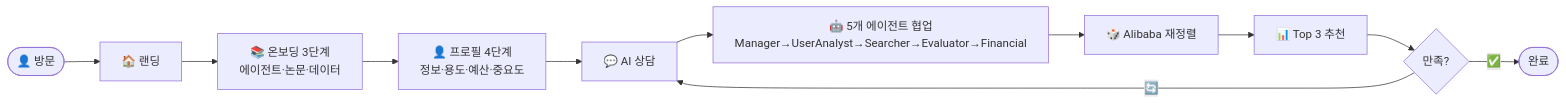
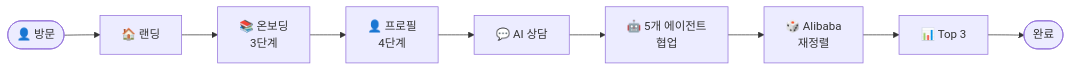
Before and after one commit to SeSAC-DA1/CarFin_AI_Final: the seventh of 7 diagrams in README.md, drawn with Mermaid. The commit also changed other lines of this file, not shown here.

````diff
--- a/README.md
+++ b/README.md
@@ -401,13 +341,11 @@
 ```mermaid
 flowchart LR
     Start([👤 방문]) --> Landing[🏠 랜딩]
-    Landing --> Onboarding[📚 온보딩 3단계<br/>에이전트·논문·데이터]
-    Onboarding --> Profile[👤 프로필 4단계<br/>정보·용도·예산·중요도]
+    Landing --> Onboarding[📚 온보딩<br/>3단계]
+    Onboarding --> Profile[👤 프로필<br/>4단계]
     Profile --> Chat[💬 AI 상담]
-    Chat --> Agents[🤖 5개 에이전트 협업<br/>Manager→UserAnalyst→Searcher→Evaluator→Financial]
-    Agents --> Rerank[🎲 Alibaba 재정렬]
-    Rerank --> Result[📊 Top 3 추천]
-    Result --> Satisfied{만족?}
-    Satisfied -->|✅| End([완료])
-    Satisfied -->|🔄| Chat
+    Chat --> Agents[🤖 5개 에이전트<br/>협업]
+    Agents --> Rerank[🎲 Alibaba<br/>재정렬]
+    Rerank --> Result[📊 Top 3]
+    Result --> End([완료])
 ```
````
